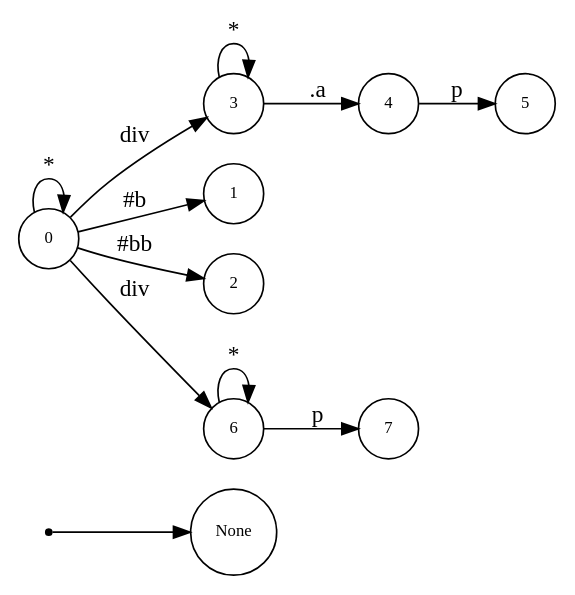
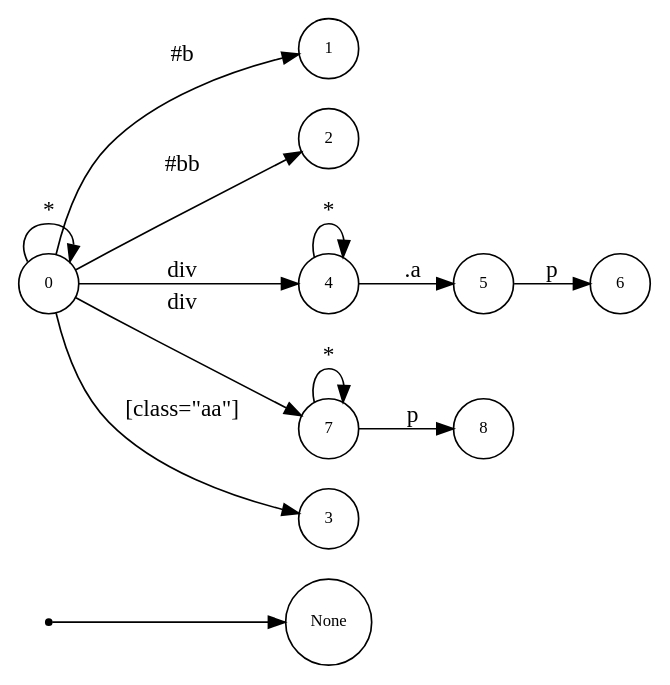
Before and after one commit to asukaminato0721/css-bitvector-compiler: the diagram in css-gen-op/testcase/dot_quad.dot, drawn with Graphviz. The commit also changed 39 other files, not shown here.

```diff
--- a/css-gen-op/testcase/dot_quad.dot
+++ b/css-gen-op/testcase/dot_quad.dot
@@ -1,25 +1,27 @@
 digraph NFA {
   rankdir=LR;
   node [shape=circle, fontsize=10];
   __start [shape=point, label=""];
   __start -> None;
+  1 [label="1"];
+  2 [label="2"];
+  8 [label="8"];
+  4 [label="4"];
+  0 [label="0"];
+  7 [label="7"];
   3 [label="3"];
-  1 [label="1"];
-  4 [label="4"];
-  2 [label="2"];
-  0 [label="0"];
   5 [label="5"];
   6 [label="6"];
-  7 [label="7"];
-  { node [shape=doublecircle]; 1 2 5 7 }
+  { node [shape=doublecircle]; 1 2 3 6 8 }
   0 -> 0 [label="*"];
   0 -> 1 [label="#b"];
   0 -> 2 [label="#bb"];
-  0 -> 3 [label="div"];
-  3 -> 3 [label="*"];
-  3 -> 4 [label=".a"];
-  4 -> 5 [label="p"];
-  0 -> 6 [label="div"];
-  6 -> 6 [label="*"];
-  6 -> 7 [label="p"];
+  0 -> 3 [label="[class=\"aa\"]"];
+  0 -> 4 [label="div"];
+  4 -> 4 [label="*"];
+  4 -> 5 [label=".a"];
+  5 -> 6 [label="p"];
+  0 -> 7 [label="div"];
+  7 -> 7 [label="*"];
+  7 -> 8 [label="p"];
 }
```
